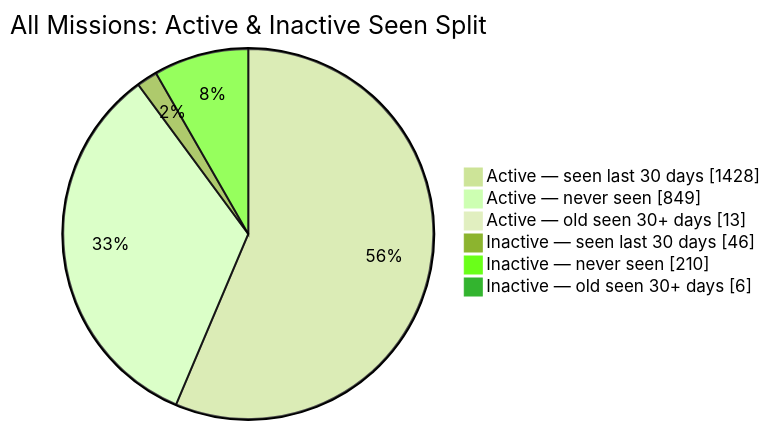
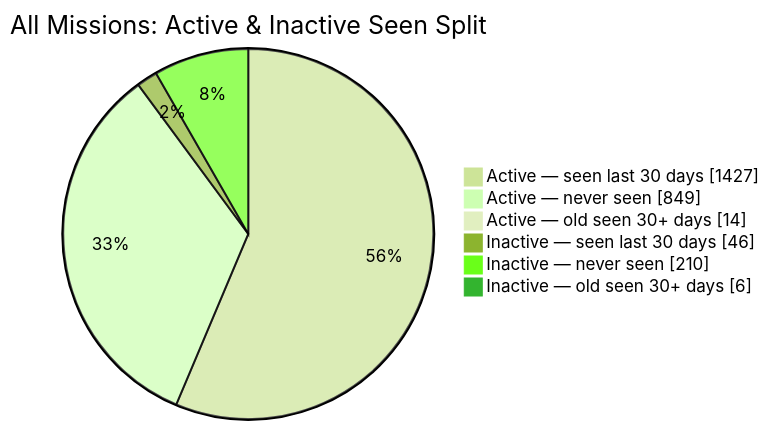
Before and after one commit to MeldkamerspelGameTeam/active-missions: the second of 2 diagrams in README.md, drawn with Mermaid (forest theme). The commit also changed other lines of this file and 3 other files, not shown here.

````diff
--- a/README.md
+++ b/README.md
@@ -44,10 +44,10 @@
 ```mermaid
 pie showData
     title All Missions: Active & Inactive Seen Split
-    "Active — seen last 30 days" : 1428
+    "Active — seen last 30 days" : 1427
     "Active — never seen" : 849
-    "Active — old seen 30+ days" : 13
+    "Active — old seen 30+ days" : 14
     "Inactive — seen last 30 days" : 46
     "Inactive — never seen" : 210
     "Inactive — old seen 30+ days" : 6
 ```
````
